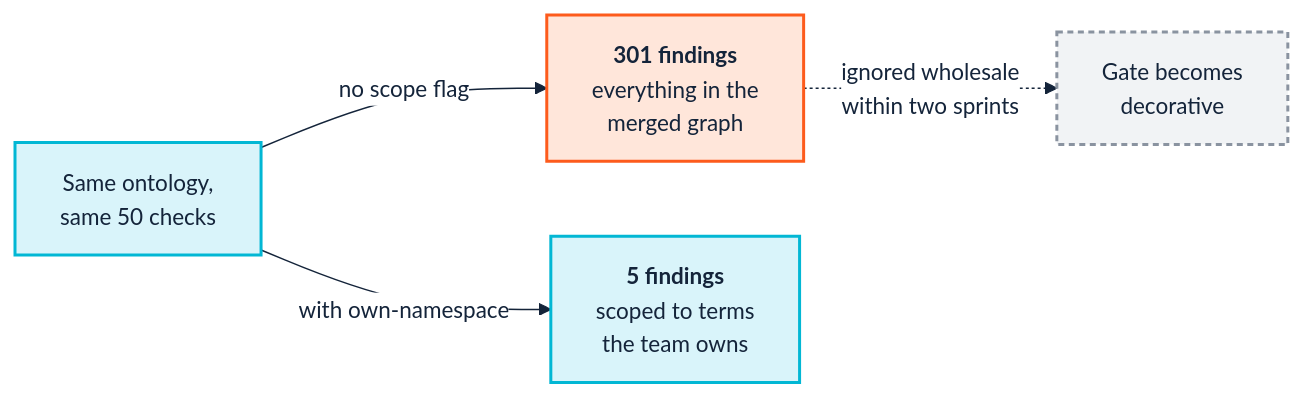
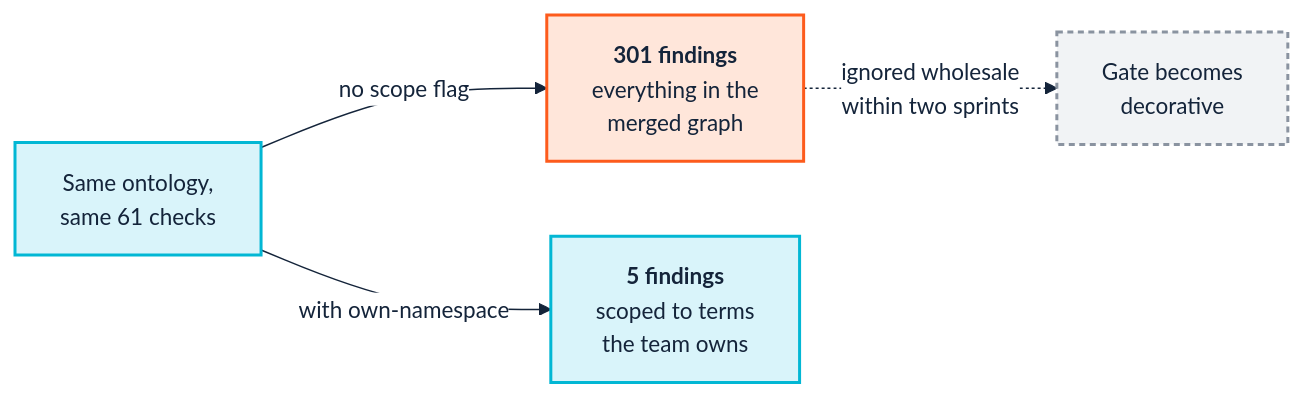
Before and after one commit to pwin/SemOpsManual: the diagram in docs/02-people-and-cognition.md, drawn with Mermaid. The commit also changed 8 other files, not shown here.

````diff
--- a/docs/02-people-and-cognition.md
+++ b/docs/02-people-and-cognition.md
@@ -148,20 +148,20 @@
 ```mermaid
 %%{init: {'theme':'base','themeVariables':{
   'fontSize':'15px','fontFamily':'Segoe UI, Helvetica, Arial, sans-serif',
   'lineColor':'#14243A','primaryTextColor':'#14243A',
   'edgeLabelBackground':'#FFFFFF'}}}%%
 flowchart LR
-    RUN["Same ontology,<br/>same 50 checks"]
+    RUN["Same ontology,<br/>same 61 checks"]
     A["<b>301 findings</b><br/>everything in the<br/>merged graph"]
     B["<b>5 findings</b><br/>scoped to terms<br/>the team owns"]
 
     RUN -->|"no scope flag"| A
     RUN -->|"with own-namespace"| B
 
     A -.->|"ignored wholesale<br/>within two sprints"| X["Gate becomes<br/>decorative"]
 
     classDef ci fill:#D9F4FA,stroke:#02B7D4,stroke-width:2px,color:#14243A;
     classDef human fill:#FFE6DA,stroke:#FD5B1C,stroke-width:2px,color:#14243A;
     classDef gap fill:#F1F3F5,stroke:#8A93A0,stroke-width:2px,color:#14243A,stroke-dasharray:4 3;
     class RUN ci; class A human; class B ci; class X gap;
 ```
````
